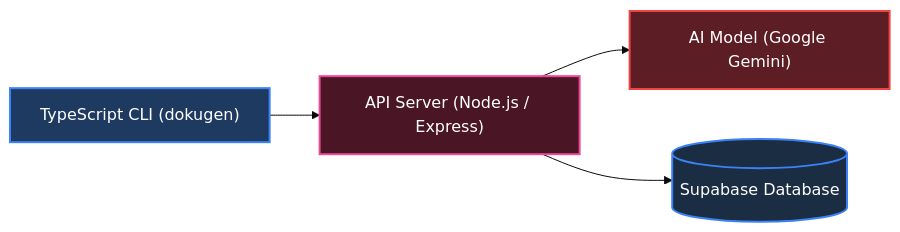
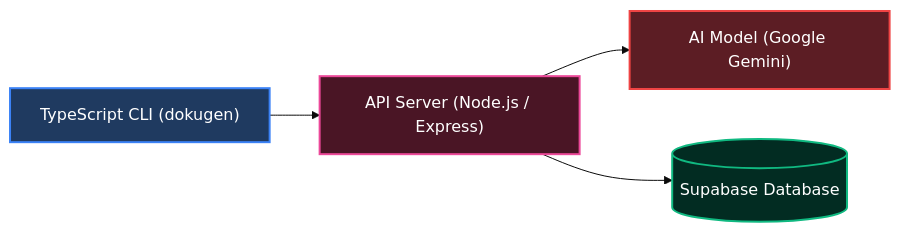
The diagram in apps/cli/clients/typescript/README.md (samueltuoyo15/Dokugen), drawn with Mermaid (base theme) before and after one commit. The commit also changed 2 other files, not shown here.

Commit message:
updated fill of system diagram

````diff
--- a/apps/cli/clients/typescript/README.md
+++ b/apps/cli/clients/typescript/README.md
@@ -112,16 +112,16 @@
 ```mermaid
 flowchart LR
   TSCLI["TypeScript CLI (dokugen)"]
   API["API Server (Node.js / Express)"]
   AI["AI Model (Google Gemini)"]
   DB[("Supabase Database")]
 
   TSCLI --> API
   API --> AI
   API --> DB
 
   style TSCLI fill:#1f3a60,stroke:#3b82f6,stroke-width:2px,color:#fff
   style API fill:#4a1525,stroke:#ec4899,stroke-width:2px,color:#fff
   style AI fill:#5c1d24,stroke:#ef4444,stroke-width:2px,color:#fff
-  style DB fill:#1a2d42,stroke:#3b82f6,stroke-width:2px,color:#fff
+  style DB fill:#022c22,stroke:#10b981,stroke-width:2px,color:#fff
 ```
````
